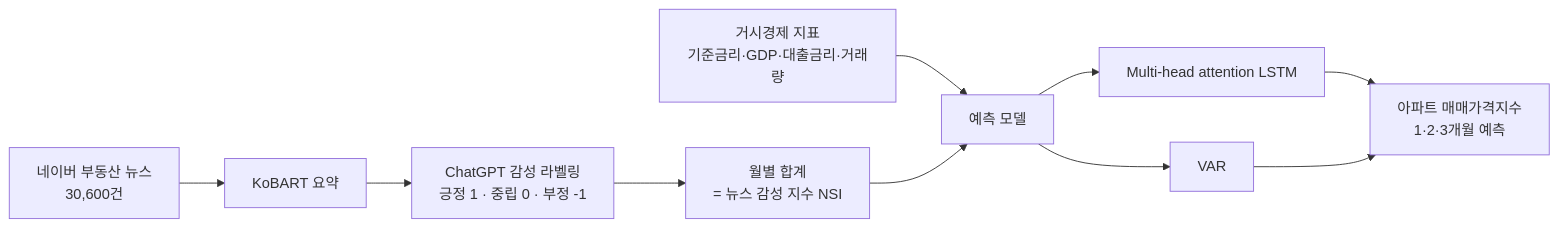
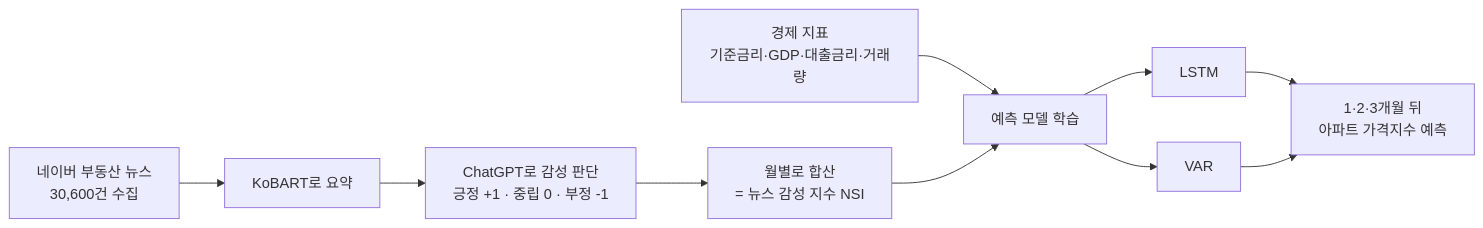
One commit to mjk022/portfolio changed the diagram in 아파트매매가격예측/README.md. Above: the diagram before and after it, drawn with Mermaid. The commit also changed other lines of this file and 8 other files, not shown here.

````diff
--- a/아파트매매가격예측/README.md
+++ b/아파트매매가격예측/README.md
@@ -13,11 +28,11 @@
 ```mermaid
 flowchart LR
-    A[네이버 부동산 뉴스<br/>30,600건] --> B[KoBART 요약]
-    B --> C[ChatGPT 감성 라벨링<br/>긍정 1 · 중립 0 · 부정 -1]
-    C --> D[월별 합계<br/>= 뉴스 감성 지수 NSI]
-    E[거시경제 지표<br/>기준금리·GDP·대출금리·거래량] --> F
-    D --> F[예측 모델]
-    F --> G1[Multi-head attention LSTM]
+    A[네이버 부동산 뉴스<br/>30,600건 수집] --> B[KoBART로 요약]
+    B --> C[ChatGPT로 감성 판단<br/>긍정 +1 · 중립 0 · 부정 -1]
+    C --> D[월별로 합산<br/>= 뉴스 감성 지수 NSI]
+    E[경제 지표<br/>기준금리·GDP·대출금리·거래량] --> F[예측 모델 학습]
+    D --> F
+    F --> G1[LSTM]
     F --> G2[VAR]
-    G1 & G2 --> H[아파트 매매가격지수<br/>1·2·3개월 예측]
+    G1 & G2 --> H[1·2·3개월 뒤<br/>아파트 가격지수 예측]
 ```
````
